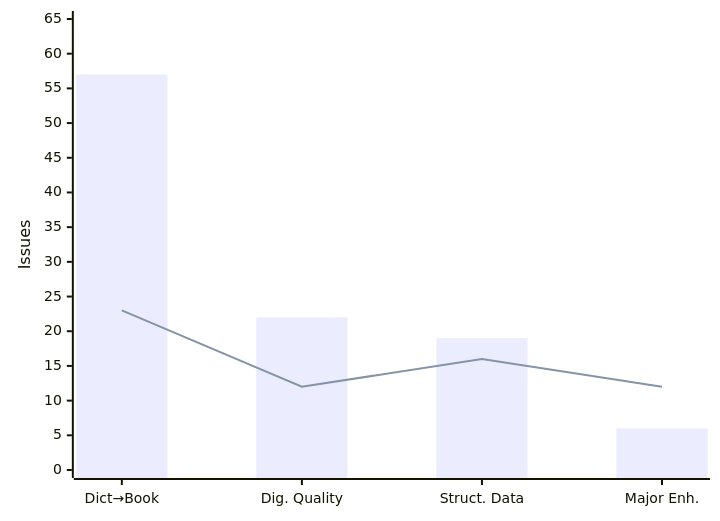
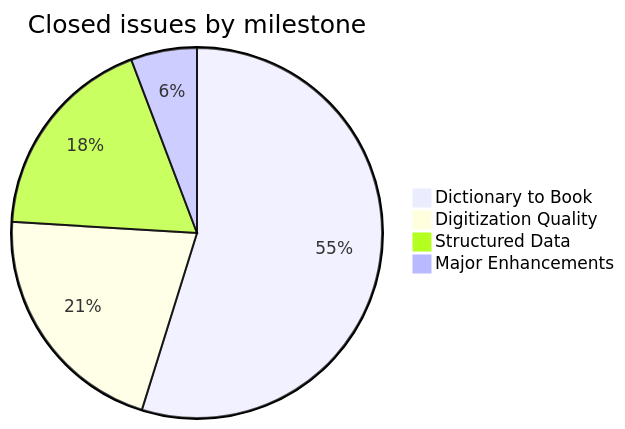
Before and after one commit to sanskrit-lexicon/PWG: the second of 4 diagrams in readme.md, drawn with Mermaid. The commit also changed other lines of this file, not shown here.

Commit message:
readme: replace xychart-beta (unsupported on GitHub) with two pie charts

````diff
--- a/readme.md
+++ b/readme.md
@@ -106,7 +104,7 @@
 ```mermaid
-xychart-beta
-    x-axis ["Dict→Book", "Dig. Quality", "Struct. Data", "Major Enh."]
-    y-axis "Issues" 0 --> 65
-    bar [57, 22, 19, 6]
-    line [23, 12, 16, 12]
+pie title Closed issues by milestone
+    "Dictionary to Book" : 57
+    "Digitization Quality" : 22
+    "Structured Data" : 19
+    "Major Enhancements" : 6
 ```
````
